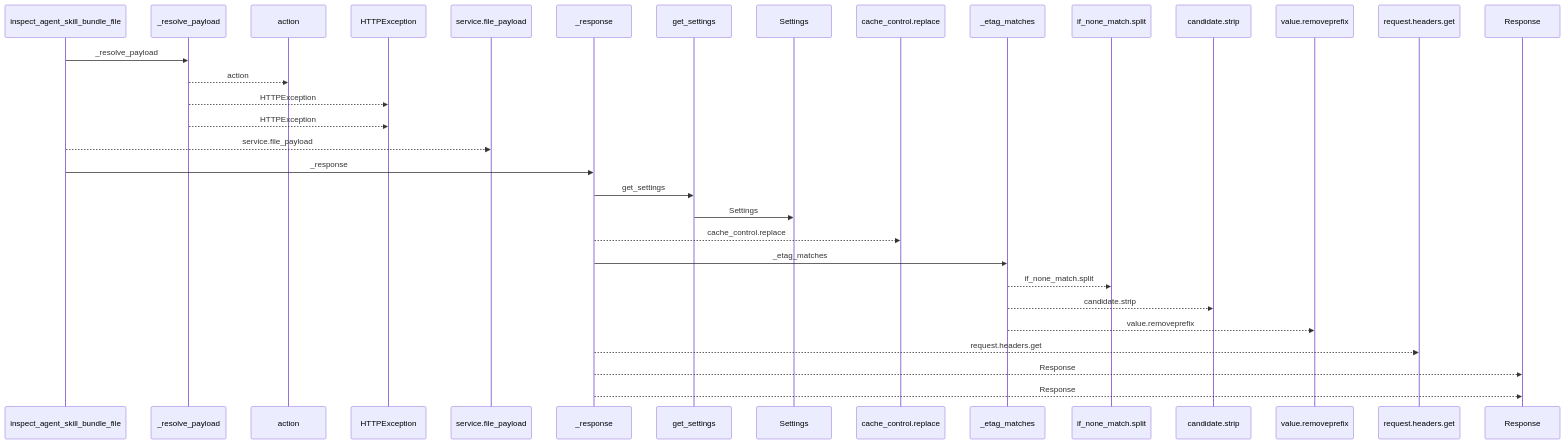
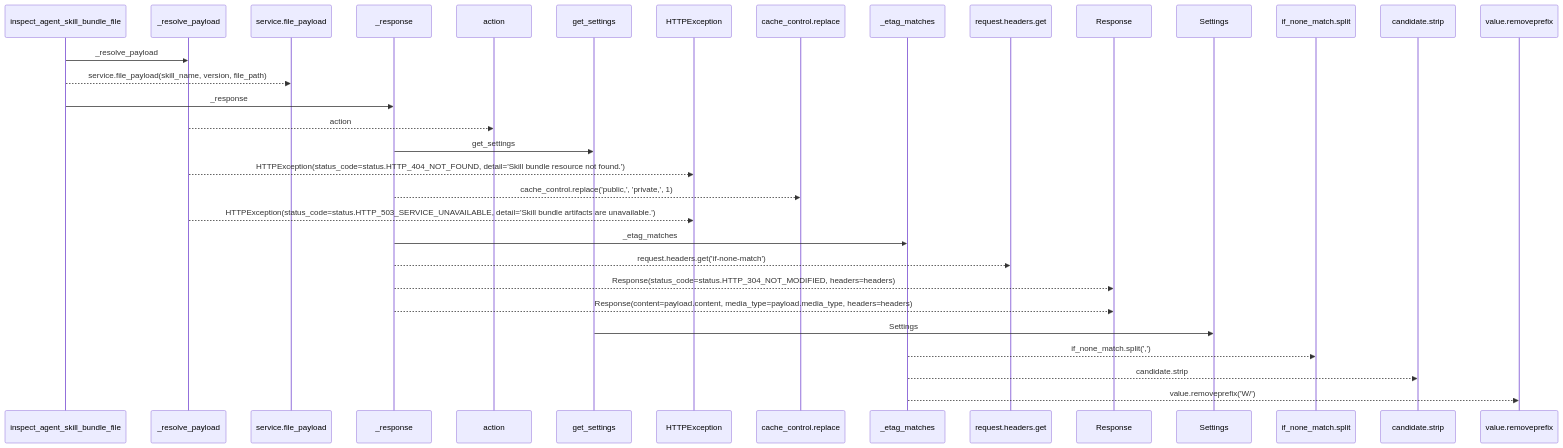
The first of 2 diagrams in docs/llm_wiki/flows/http-inspect_agent_skill_bundle_file.md (Denissvgn/WorkChord), drawn with Mermaid before and after one commit. The commit also changed other lines of this file and 25171 other files, not shown here.

````diff
--- a/docs/llm_wiki/flows/http-inspect_agent_skill_bundle_file.md
+++ b/docs/llm_wiki/flows/http-inspect_agent_skill_bundle_file.md
@@ -10,34 +12,34 @@
 ```mermaid
 sequenceDiagram
     participant p0 as inspect_agent_skill_bundle_file
     participant p1 as _resolve_payload
-    participant p2 as action
-    participant p3 as HTTPException
-    participant p4 as service.file_payload
-    participant p5 as _response
-    participant p6 as get_settings
-    participant p7 as Settings
-    participant p8 as cache_control.replace
-    participant p9 as _etag_matches
-    participant p10 as if_none_match.split
-    participant p11 as candidate.strip
-    participant p12 as value.removeprefix
-    participant p13 as request.headers.get
-    participant p14 as Response
+    participant p2 as service.file_payload
+    participant p3 as _response
+    participant p4 as action
+    participant p5 as get_settings
+    participant p6 as HTTPException
+    participant p7 as cache_control.replace
+    participant p8 as _etag_matches
+    participant p9 as request.headers.get
+    participant p10 as Response
+    participant p11 as Settings
+    participant p12 as if_none_match.split
+    participant p13 as candidate.strip
+    participant p14 as value.removeprefix
     p0->>p1: _resolve_payload
-    p1-->>p2: action
-    p1-->>p3: HTTPException
-    p1-->>p3: HTTPException
-    p0-->>p4: service.file_payload
-    p0->>p5: _response
-    p5->>p6: get_settings
-    p6->>p7: Settings
-    p5-->>p8: cache_control.replace
-    p5->>p9: _etag_matches
-    p9-->>p10: if_none_match.split
-    p9-->>p11: candidate.strip
-    p9-->>p12: value.removeprefix
-    p5-->>p13: request.headers.get
-    p5-->>p14: Response
-    p5-->>p14: Response
+    p0-->>p2: service.file_payload(skill_name, version, file_path)
+    p0->>p3: _response
+    p1-->>p4: action
+    p3->>p5: get_settings
+    p1-->>p6: HTTPException(status_code=status.HTTP_404_NOT_FOUND, detail='Skill bundle resource not found.')
+    p3-->>p7: cache_control.replace('public,', 'private,', 1)
+    p1-->>p6: HTTPException(status_code=status.HTTP_503_SERVICE_UNAVAILABLE, detail='Skill bundle artifacts are unavailable.')
+    p3->>p8: _etag_matches
+    p3-->>p9: request.headers.get('if-none-match')
+    p3-->>p10: Response(status_code=status.HTTP_304_NOT_MODIFIED, headers=headers)
+    p3-->>p10: Response(content=payload.content, media_type=payload.media_type, headers=headers)
+    p5->>p11: Settings
+    p8-->>p12: if_none_match.split(',')
+    p8-->>p13: candidate.strip
+    p8-->>p14: value.removeprefix('W/')
 ```
````
